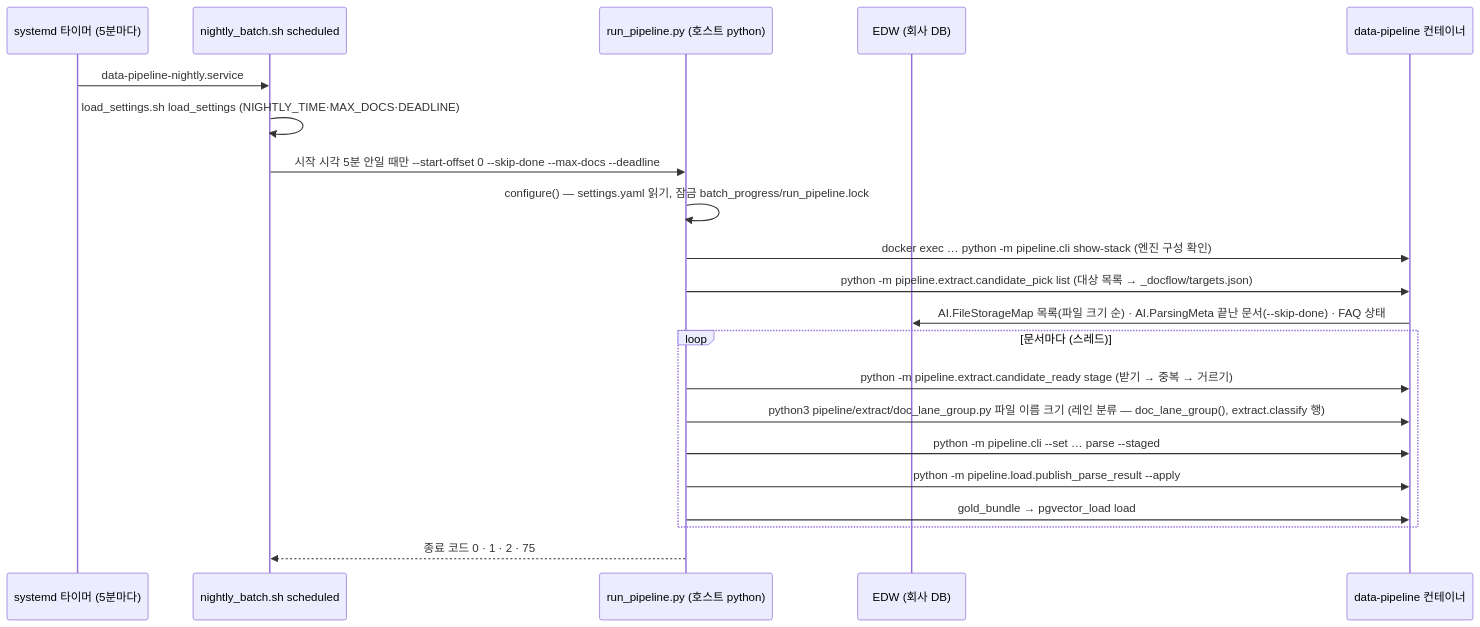
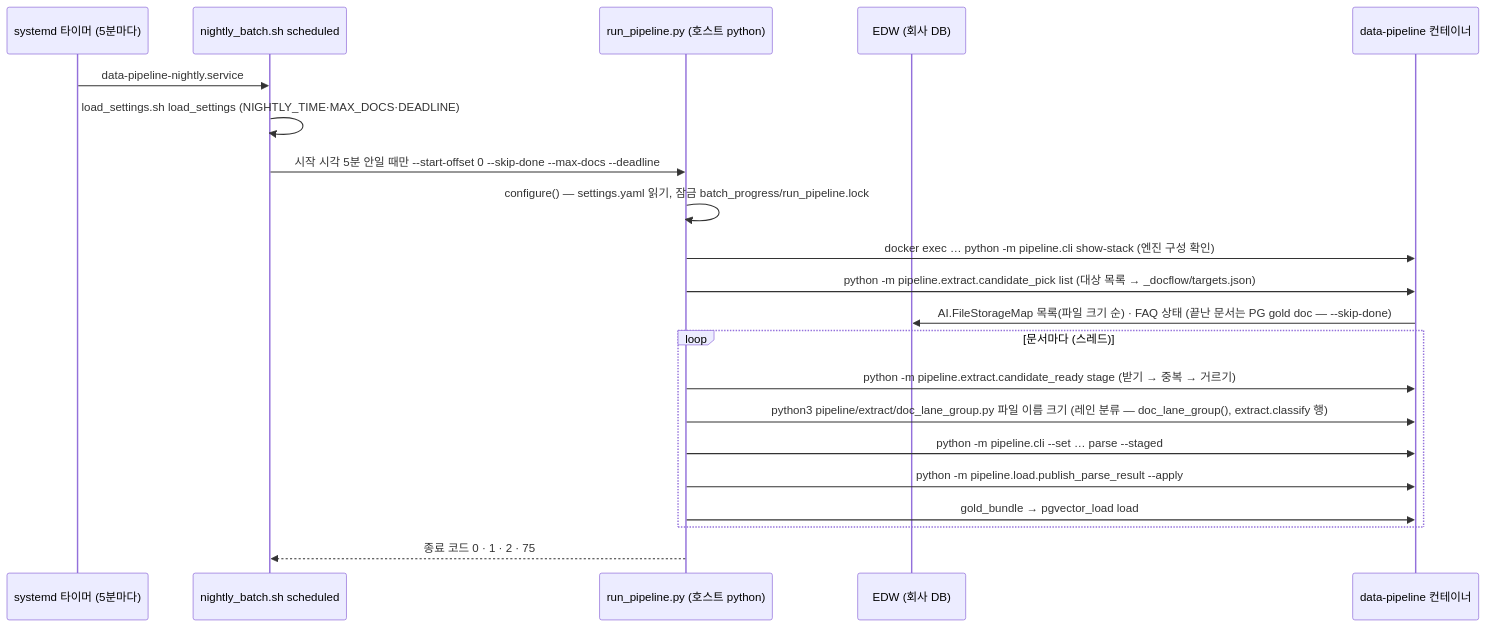
Before and after one commit to gigasamba/sbl_data_parsing: the second of 11 diagrams in docs/architecture/parse_flow.md, drawn with Mermaid. The commit also changed other lines of this file and 75 other files, not shown here.

````diff
--- a/docs/architecture/parse_flow.md
+++ b/docs/architecture/parse_flow.md
@@ -124,23 +124,23 @@
 ```mermaid
 sequenceDiagram
     participant T as systemd 타이머 (5분마다)
     participant S as nightly_batch.sh scheduled
     participant R as run_pipeline.py (호스트 python)
     participant E as EDW (회사 DB)
     participant C as data-pipeline 컨테이너
     T->>S: data-pipeline-nightly.service
     S->>S: load_settings.sh load_settings (NIGHTLY_TIME·MAX_DOCS·DEADLINE)
     S->>R: 시작 시각 5분 안일 때만 --start-offset 0 --skip-done --max-docs --deadline
     R->>R: configure() — settings.yaml 읽기, 잠금 batch_progress/run_pipeline.lock
     R->>C: docker exec … python -m pipeline.cli show-stack (엔진 구성 확인)
     R->>C: python -m pipeline.extract.candidate_pick list (대상 목록 → _docflow/targets.json)
-    C->>E: AI.FileStorageMap 목록(파일 크기 순) · AI.ParsingMeta 끝난 문서(--skip-done) · FAQ 상태
+    C->>E: AI.FileStorageMap 목록(파일 크기 순) · FAQ 상태 (끝난 문서는 PG gold doc — --skip-done)
     loop 문서마다 (스레드)
         R->>C: python -m pipeline.extract.candidate_ready stage (받기 → 중복 → 거르기)
         R->>C: python3 pipeline/extract/doc_lane_group.py 파일 이름 크기 (레인 분류 — doc_lane_group(), extract.classify 행)
         R->>C: python -m pipeline.cli --set … parse --staged
         R->>C: python -m pipeline.load.publish_parse_result --apply
         R->>C: gold_bundle → pgvector_load load
     end
     R-->>S: 종료 코드 0 · 1 · 2 · 75
 ```
````
